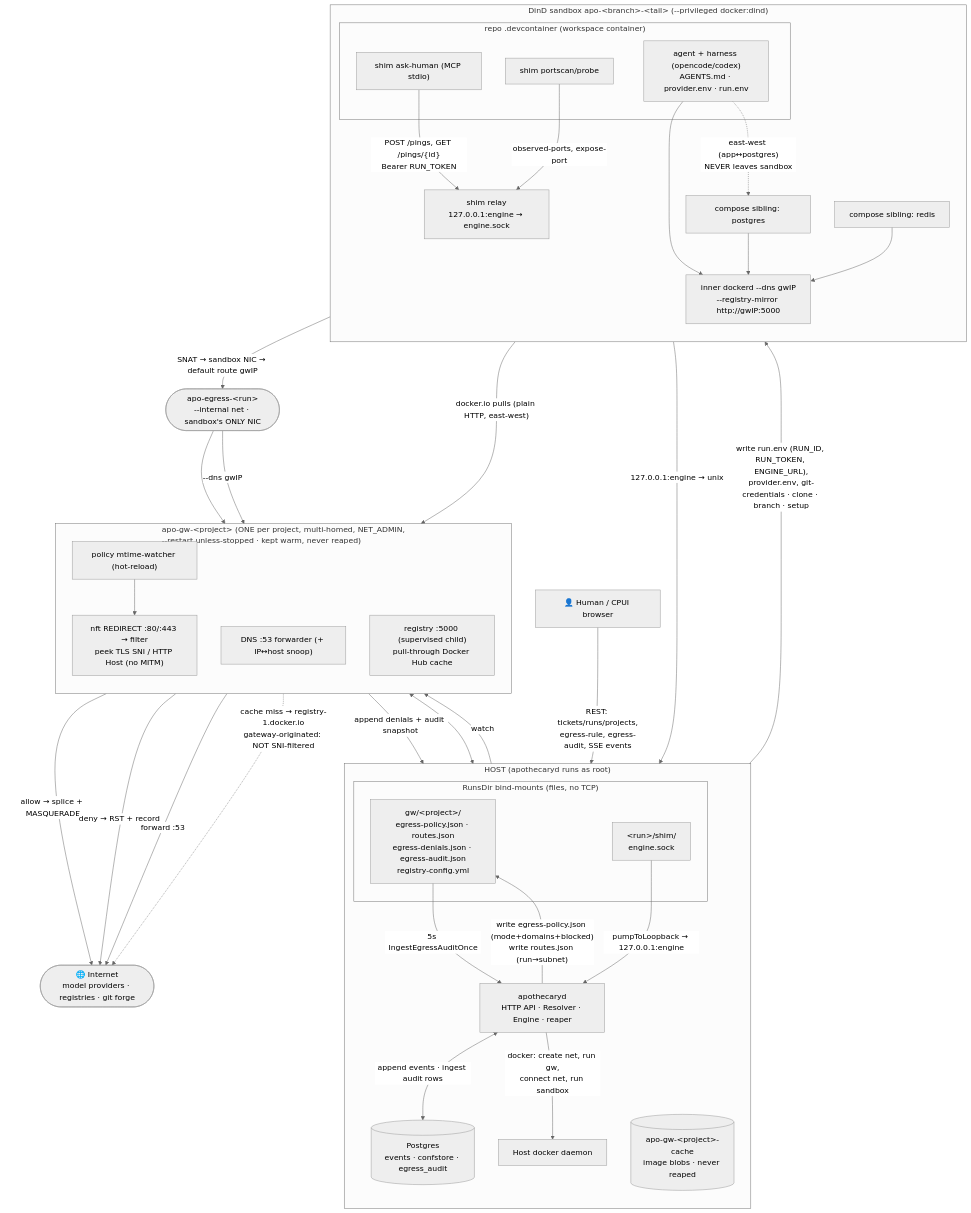
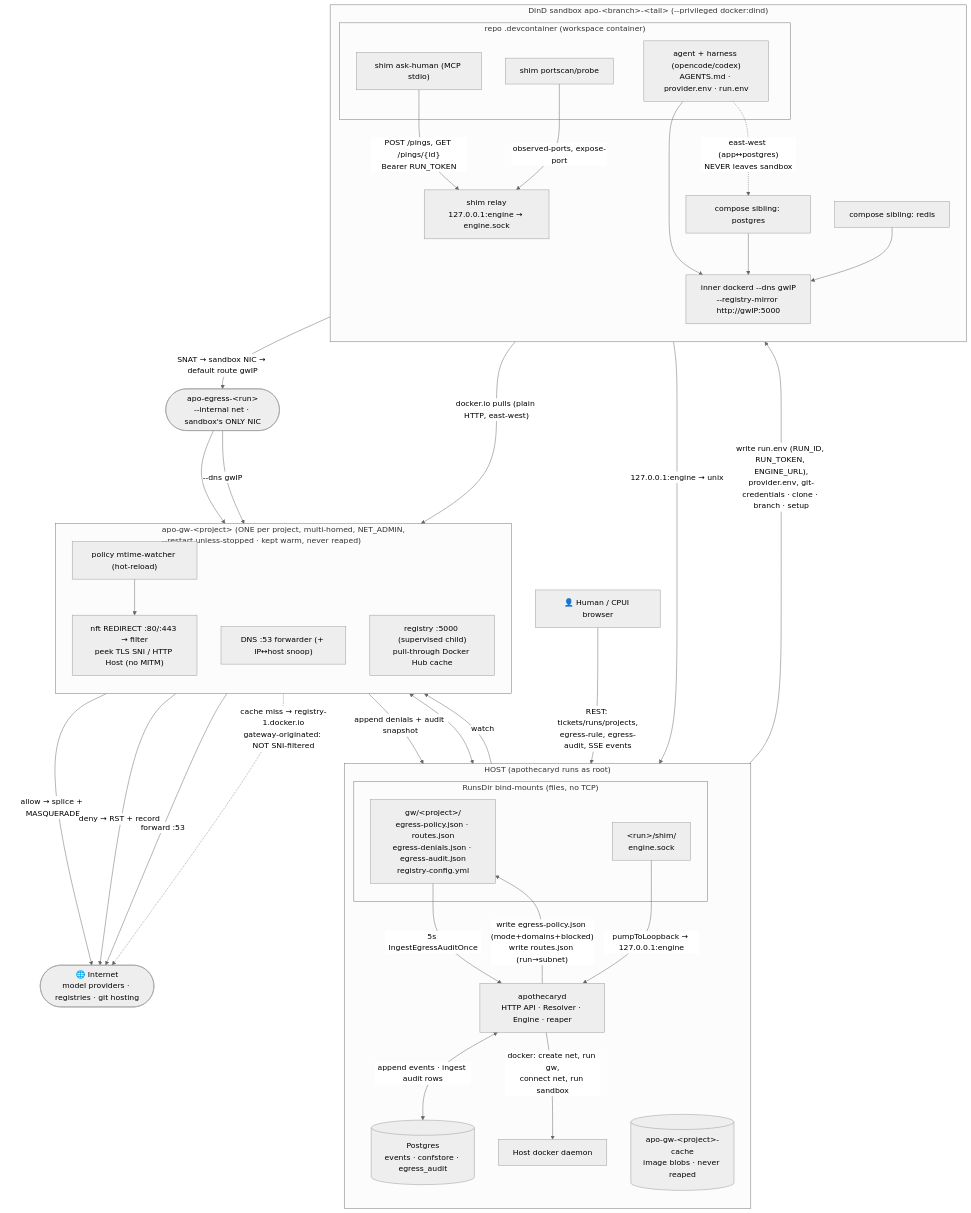
Before and after one commit to intradeus/apothecary: the diagram in infra.md, drawn with Mermaid (neutral theme). The commit also changed 39 other files, not shown here.

````diff
--- a/infra.md
+++ b/infra.md
@@ -1,80 +1,80 @@
 ```mermaid
 flowchart TB
     human["👤 Human / CPUI browser"]
 
     subgraph HOST["HOST (apothecaryd runs as root)"]
         direction TB
         apod["apothecaryd<br/>HTTP API · Resolver · Engine · reaper"]
         pg[("Postgres<br/>events · confstore · egress_audit")]
         dockerd["Host docker daemon"]
         subgraph MOUNTS["RunsDir bind-mounts (files, no TCP)"]
             gwdir["gw/&lt;project&gt;/<br/>egress-policy.json · routes.json<br/>egress-denials.json · egress-audit.json<br/>registry-config.yml"]
             shimdir["&lt;run&gt;/shim/<br/>engine.sock"]
         end
         cachevol[("apo-gw-&lt;project&gt;-cache<br/>image blobs · never reaped")]
     end
 
     subgraph GW["apo-gw-&lt;project&gt;  (ONE per project, multi-homed, NET_ADMIN,<br/>--restart unless-stopped · kept warm, never reaped)"]
         direction TB
         nft["nft REDIRECT :80/:443 → filter<br/>peek TLS SNI / HTTP Host (no MITM)"]
         dns["DNS :53 forwarder (+ IP↔host snoop)"]
         watch["policy mtime-watcher (hot-reload)"]
         mirror["registry :5000 (supervised child)<br/>pull-through Docker Hub cache"]
     end
 
     net(["apo-egress-&lt;run&gt;<br/>--internal net · sandbox's ONLY NIC"])
 
     subgraph SB["DinD sandbox  apo-&lt;branch&gt;-&lt;tail&gt;  (--privileged docker:dind)"]
         direction TB
         relay["shim relay<br/>127.0.0.1:engine → engine.sock"]
         innerd["inner dockerd --dns gwIP<br/>--registry-mirror http://gwIP:5000"]
         subgraph DC["repo .devcontainer (workspace container)"]
             agent["agent + harness (opencode/codex)<br/>AGENTS.md · provider.env · run.env"]
             askh["shim ask-human (MCP stdio)"]
             portscan["shim portscan/probe"]
         end
         pgc["compose sibling: postgres"]
         redis["compose sibling: redis"]
     end
 
-    internet(["🌐 Internet<br/>model providers · registries · git forge"])
+    internet(["🌐 Internet<br/>model providers · registries · git hosting"])
 
     %% control plane
     human -->|"REST: tickets/runs/projects,<br/>egress-rule, egress-audit, SSE events"| apod
     apod <-->|"append events · ingest audit rows"| pg
     apod -->|"docker: create net, run gw,<br/>connect net, run sandbox"| dockerd
 
     %% policy + audit files
     apod -->|"write egress-policy.json (mode+domains+blocked)<br/>write routes.json (run→subnet)"| gwdir
     gwdir -->|watch| watch
     watch --> nft
     nft -->|"append denials + audit snapshot"| gwdir
     gwdir -->|"5s IngestEgressAuditOnce"| apod
 
     %% bootstrap into workspace
     apod -->|"write run.env (RUN_ID, RUN_TOKEN, ENGINE_URL),<br/>provider.env, git-credentials · clone · branch · setup"| agent
 
     %% engine bridge (unix, container→host-IP is blocked)
     askh -->|"POST /pings, GET /pings/{id}<br/>Bearer RUN_TOKEN"| relay
     portscan -->|"observed-ports, expose-port"| relay
     relay -->|"127.0.0.1:engine → unix"| shimdir
     shimdir -->|"pumpToLoopback → 127.0.0.1:engine"| apod
 
     %% egress path
     agent --> innerd
     pgc --> innerd
     redis --> innerd
     innerd -->|"SNAT → sandbox NIC → default route gwIP"| net
     net --> nft
     agent -.->|"east-west (app↔postgres)<br/>NEVER leaves sandbox"| pgc
     nft -->|"allow → splice + MASQUERADE"| internet
     nft -->|"deny → RST + record"| internet
     dns -->|"forward :53"| internet
     net -->|"--dns gwIP"| dns
 
     %% image mirror: warm cache shared by all of a project's runs
     innerd -->|"docker.io pulls (plain HTTP, east-west)"| mirror
     mirror <--> cachevol
     mirror -.->|"cache miss → registry-1.docker.io<br/>gateway-originated: NOT SNI-filtered"| internet
 
 ```
````
